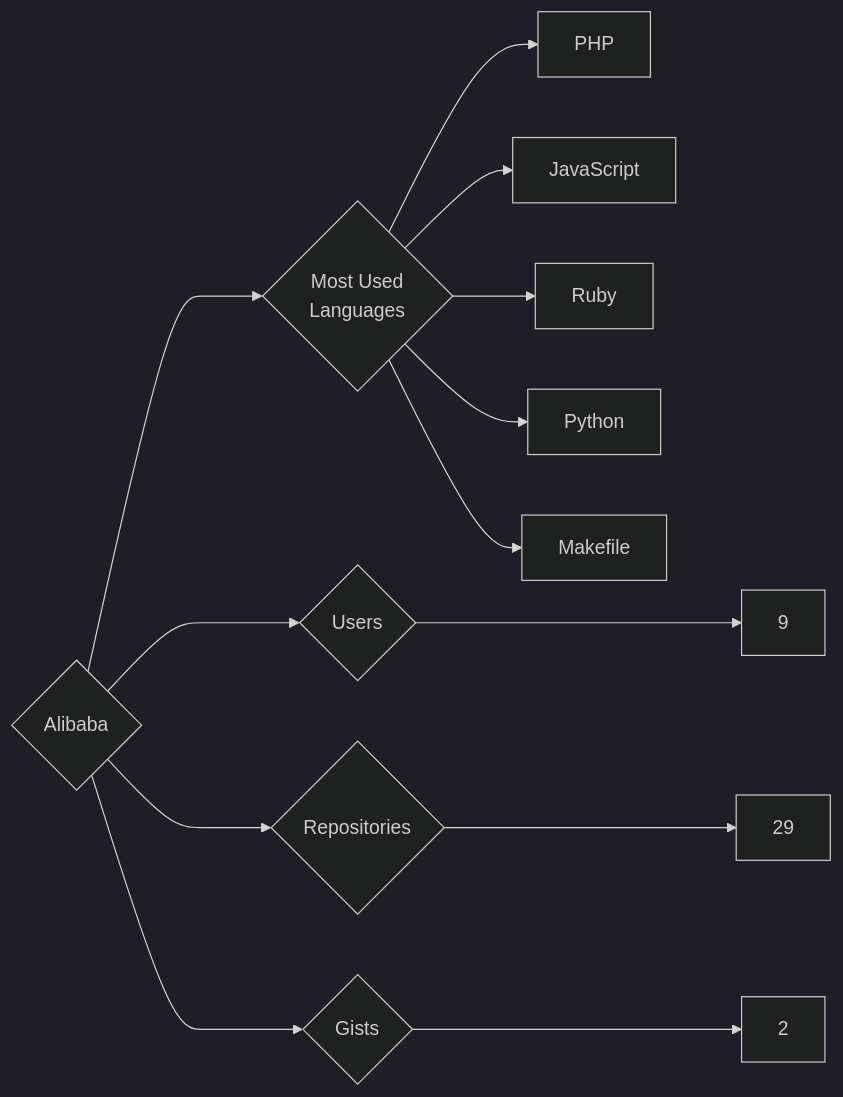
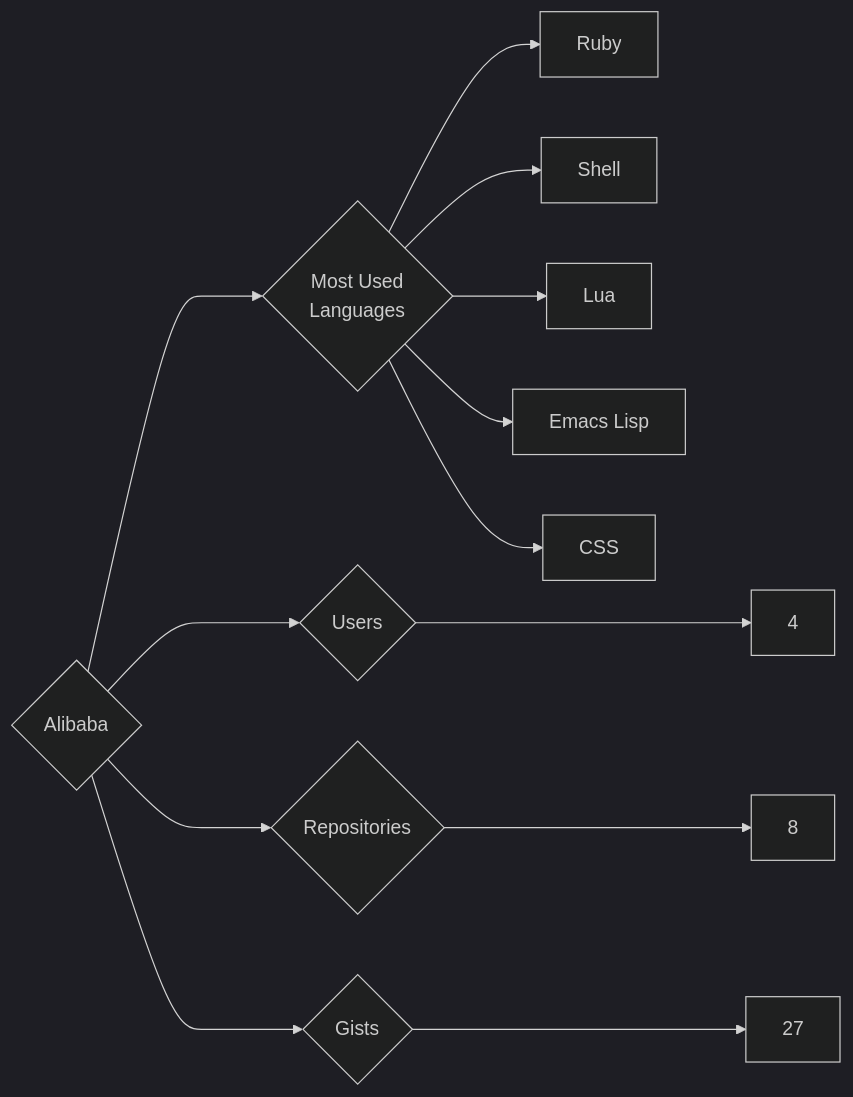
The diagram in targets/Alibaba/README.md (trickest/insiders), drawn with Mermaid (dark theme) before and after one commit. The commit also changed 985 other files, not shown here.

````diff
--- a/targets/Alibaba/README.md
+++ b/targets/Alibaba/README.md
@@ -3,13 +3,13 @@
 ```mermaid
 graph LR
 COMPANY_NAME{Alibaba}
-COMPANY_NAME ---> U{Users} ---> UN[9]
-COMPANY_NAME ---> R{Repositories} ---> RN[29]
-COMPANY_NAME ---> G{Gists} ---> GN[2]
+COMPANY_NAME ---> U{Users} ---> UN[4]
+COMPANY_NAME ---> R{Repositories} ---> RN[8]
+COMPANY_NAME ---> G{Gists} ---> GN[27]
 COMPANY_NAME ---> ML{Most Used<br>Languages}
-ML --> PHP[PHP]
-ML --> JavaScript[JavaScript]
 ML --> Ruby[Ruby]
-ML --> Python[Python]
-ML --> Makefile[Makefile]
+ML --> Shell[Shell]
+ML --> Lua[Lua]
+ML --> Emacs_Lisp[Emacs Lisp]
+ML --> CSS[CSS]
 ```
````
